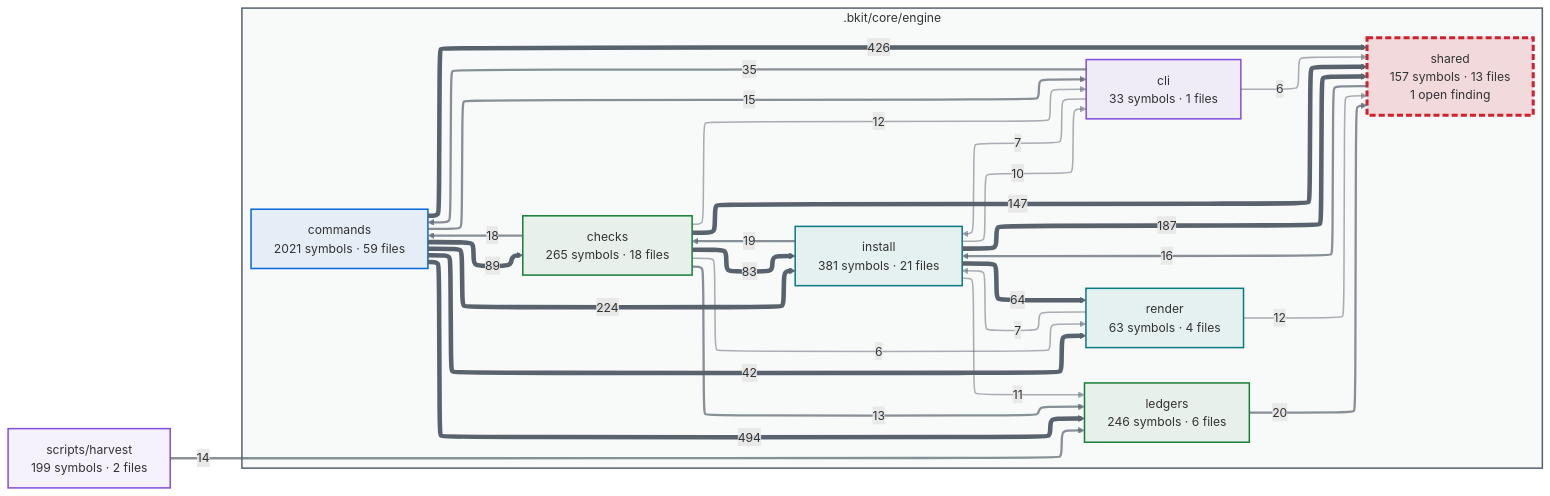
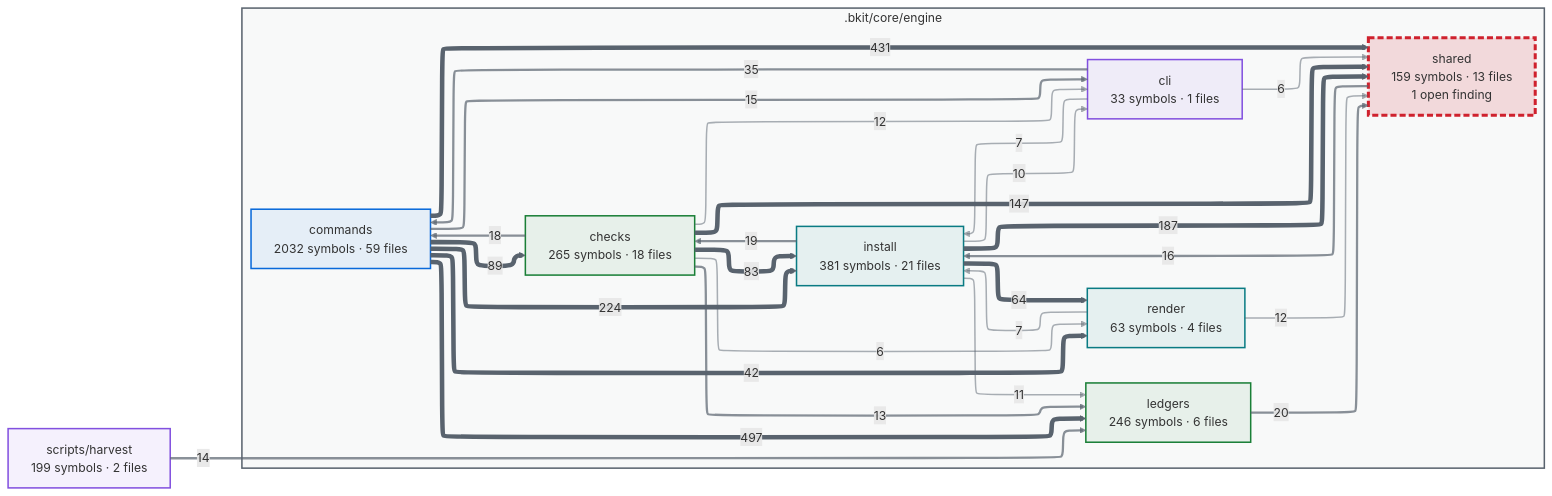
Before and after one commit to cbartens/bkit: the first of 2 diagrams in docs/capabilities.md, drawn with Mermaid. The commit also changed other lines of this file and 87 other files, not shown here.

````diff
--- a/docs/capabilities.md
+++ b/docs/capabilities.md
@@ -116,80 +116,80 @@
 ```mermaid
 ---
 config:
   layout: elk
   themeCSS: "marker { overflow: visible; } marker path { transform: scale(1.8); transform-origin: 5px 5px; }"
   flowchart:
     useMaxWidth: false
 ---
 flowchart LR
   %% Generated by bkit-graphify-rollup.py — do not edit
   subgraph gn_bkit_core_engine[".bkit/core/engine"]
     n_bkit_core_engine_checks["checks<br/>265 symbols · 18 files"]
     n_bkit_core_engine_cli["cli<br/>33 symbols · 1 files"]
-    n_bkit_core_engine_commands["commands<br/>2021 symbols · 59 files"]
+    n_bkit_core_engine_commands["commands<br/>2032 symbols · 59 files"]
     n_bkit_core_engine_install["install<br/>381 symbols · 21 files"]
     n_bkit_core_engine_ledgers["ledgers<br/>246 symbols · 6 files"]
     n_bkit_core_engine_render["render<br/>63 symbols · 4 files"]
-    n_bkit_core_engine_shared["shared<br/>157 symbols · 13 files<br/>1 open finding"]
+    n_bkit_core_engine_shared["shared<br/>159 symbols · 13 files<br/>1 open finding"]
   end
   nscripts_harvest["scripts/harvest<br/>199 symbols · 2 files"]
-  n_bkit_core_engine_commands -->|494| n_bkit_core_engine_ledgers
-  n_bkit_core_engine_commands -->|426| n_bkit_core_engine_shared
+  n_bkit_core_engine_commands -->|497| n_bkit_core_engine_ledgers
+  n_bkit_core_engine_commands -->|431| n_bkit_core_engine_shared
   n_bkit_core_engine_commands -->|224| n_bkit_core_engine_install
   n_bkit_core_engine_install -->|187| n_bkit_core_engine_shared
   n_bkit_core_engine_checks -->|147| n_bkit_core_engine_shared
   n_bkit_core_engine_commands -->|89| n_bkit_core_engine_checks
   n_bkit_core_engine_checks -->|83| n_bkit_core_engine_install
   n_bkit_core_engine_install -->|64| n_bkit_core_engine_render
   n_bkit_core_engine_commands -->|42| n_bkit_core_engine_render
   n_bkit_core_engine_cli -->|35| n_bkit_core_engine_commands
   n_bkit_core_engine_ledgers -->|20| n_bkit_core_engine_shared
   n_bkit_core_engine_install -->|19| n_bkit_core_engine_checks
   n_bkit_core_engine_checks -->|18| n_bkit_core_engine_commands
   n_bkit_core_engine_shared -->|16| n_bkit_core_engine_install
   n_bkit_core_engine_commands -->|15| n_bkit_core_engine_cli
   nscripts_harvest -->|14| n_bkit_core_engine_ledgers
   n_bkit_core_engine_checks -->|13| n_bkit_core_engine_ledgers
   n_bkit_core_engine_checks -->|12| n_bkit_core_engine_cli
   n_bkit_core_engine_render -->|12| n_bkit_core_engine_shared
   n_bkit_core_engine_install -->|11| n_bkit_core_engine_ledgers
   n_bkit_core_engine_install -->|10| n_bkit_core_engine_cli
   n_bkit_core_engine_cli -->|7| n_bkit_core_engine_install
   n_bkit_core_engine_render -->|7| n_bkit_core_engine_install
   n_bkit_core_engine_checks -->|6| n_bkit_core_engine_render
   n_bkit_core_engine_cli -->|6| n_bkit_core_engine_shared
   style gn_bkit_core_engine fill:#59636e0a,stroke:#59636e,stroke-width:2px
   style n_bkit_core_engine_checks stroke:#1a7f37,stroke-width:2px,fill:#1a7f3714
   style n_bkit_core_engine_cli stroke:#8250df,stroke-width:2px,fill:#8250df14
   style n_bkit_core_engine_commands stroke:#0969da,stroke-width:2px,fill:#0969da14
   style n_bkit_core_engine_install stroke:#0a7b83,stroke-width:2px,fill:#0a7b8314
   style n_bkit_core_engine_ledgers stroke:#1a7f37,stroke-width:2px,fill:#1a7f3714
   style n_bkit_core_engine_render stroke:#0a7b83,stroke-width:2px,fill:#0a7b8314
   style n_bkit_core_engine_shared stroke:#cf222e,stroke-width:4px,stroke-dasharray:8 4,fill:#cf222e26
   style nscripts_harvest stroke:#8250df,stroke-width:2px,fill:#8250df14
   linkStyle 0 stroke:#59636e,stroke-width:6px
   linkStyle 1 stroke:#59636e,stroke-width:6px
   linkStyle 2 stroke:#59636e,stroke-width:6px
   linkStyle 3 stroke:#59636e,stroke-width:6px
   linkStyle 4 stroke:#59636e,stroke-width:6px
   linkStyle 5 stroke:#59636e,stroke-width:6px
   linkStyle 6 stroke:#59636e,stroke-width:6px
   linkStyle 7 stroke:#59636e,stroke-width:6px
   linkStyle 8 stroke:#59636e,stroke-width:6px
   linkStyle 9 stroke:#59636eb3,stroke-width:3px
   linkStyle 10 stroke:#59636eb3,stroke-width:3px
   linkStyle 11 stroke:#59636eb3,stroke-width:3px
   linkStyle 12 stroke:#59636eb3,stroke-width:3px
   linkStyle 13 stroke:#59636eb3,stroke-width:3px
   linkStyle 14 stroke:#59636eb3,stroke-width:3px
   linkStyle 15 stroke:#59636eb3,stroke-width:3px
   linkStyle 16 stroke:#59636eb3,stroke-width:3px
   linkStyle 17 stroke:#59636e80,stroke-width:2px
   linkStyle 18 stroke:#59636e80,stroke-width:2px
   linkStyle 19 stroke:#59636e80,stroke-width:2px
   linkStyle 20 stroke:#59636e80,stroke-width:2px
   linkStyle 21 stroke:#59636e80,stroke-width:2px
   linkStyle 22 stroke:#59636e80,stroke-width:2px
   linkStyle 23 stroke:#59636e80,stroke-width:2px
   linkStyle 24 stroke:#59636e80,stroke-width:2px
 ```
````
